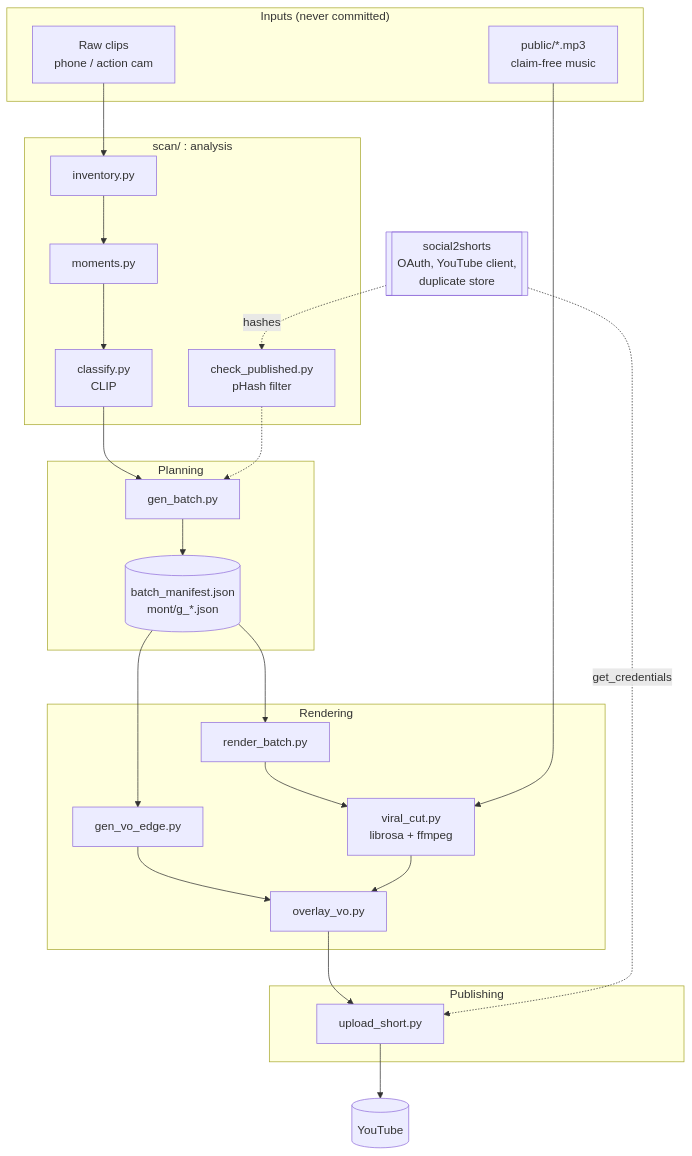
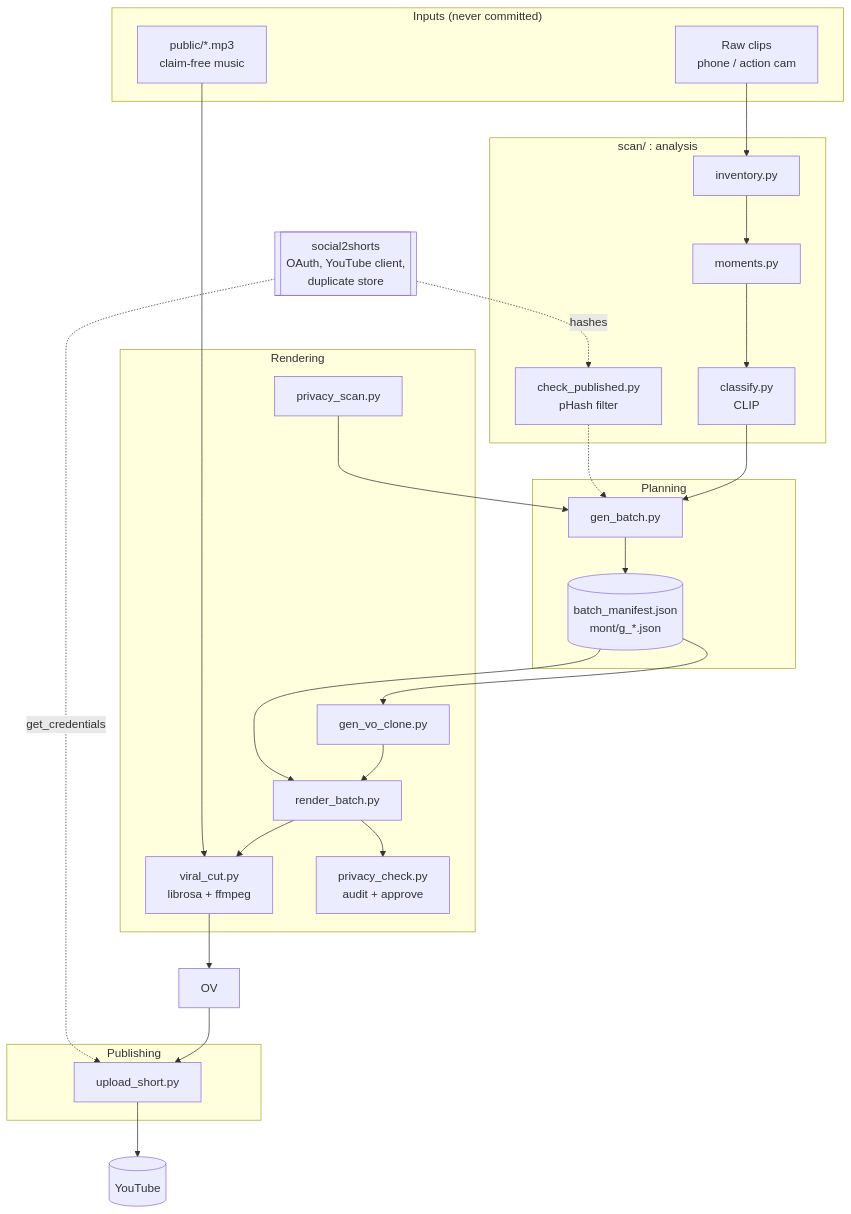
The diagram in docs/architecture.md (m-elkhou/motoride-montage), drawn with Mermaid before and after one commit. The commit also changed other lines of this file and 51 other files, not shown here.

````diff
--- a/docs/architecture.md
+++ b/docs/architecture.md
@@ -10,40 +10,42 @@
 ```mermaid
 flowchart TB
     subgraph Inputs["Inputs (never committed)"]
         CL[Raw clips<br/>phone / action cam]
         MU[public/*.mp3<br/>claim-free music]
     end
 
     subgraph Scan["scan/ : analysis"]
         INV[inventory.py] --> MOM[moments.py]
         MOM --> CLS[classify.py<br/>CLIP]
         CHK[check_published.py<br/>pHash filter]
     end
 
     subgraph Plan["Planning"]
         GEN[gen_batch.py] --> MAN[(batch_manifest.json<br/>mont/g_*.json)]
     end
 
     subgraph Render["Rendering"]
         RB[render_batch.py] --> VC[viral_cut.py<br/>librosa + ffmpeg]
-        VO[gen_vo_edge.py] --> OV[overlay_vo.py]
+        VO[gen_vo_clone.py] --> RB
+        PS[privacy_scan.py] --> GEN
+        RB --> CK[privacy_check.py<br/>audit + approve]
     end
 
     subgraph Publish["Publishing"]
         UP[upload_short.py]
     end
 
     S2S[[social2shorts<br/>OAuth, YouTube client,<br/>duplicate store]]
 
     CL --> INV
     CLS --> GEN
     CHK -.-> GEN
     MAN --> RB
     MAN --> VO
     MU --> VC
     VC --> OV
     OV --> UP
     S2S -. get_credentials .-> UP
     S2S -. hashes .-> CHK
     UP --> YT[(YouTube)]
 ```
````
